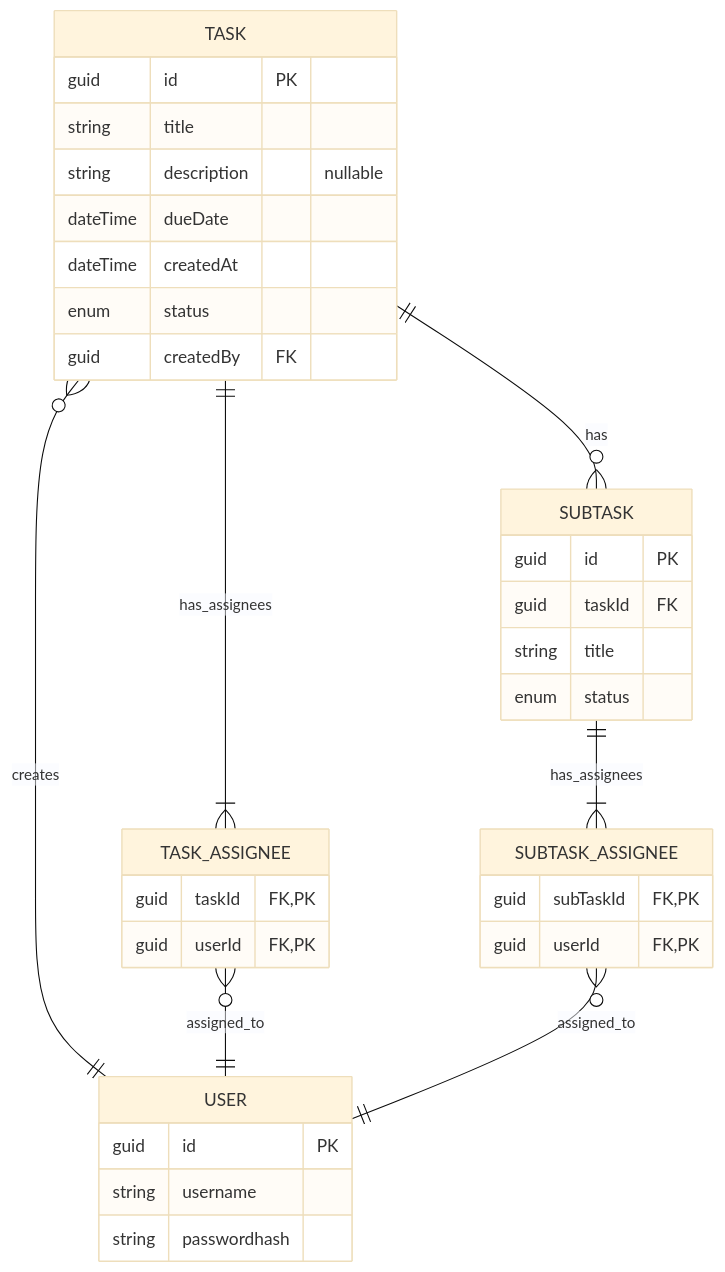
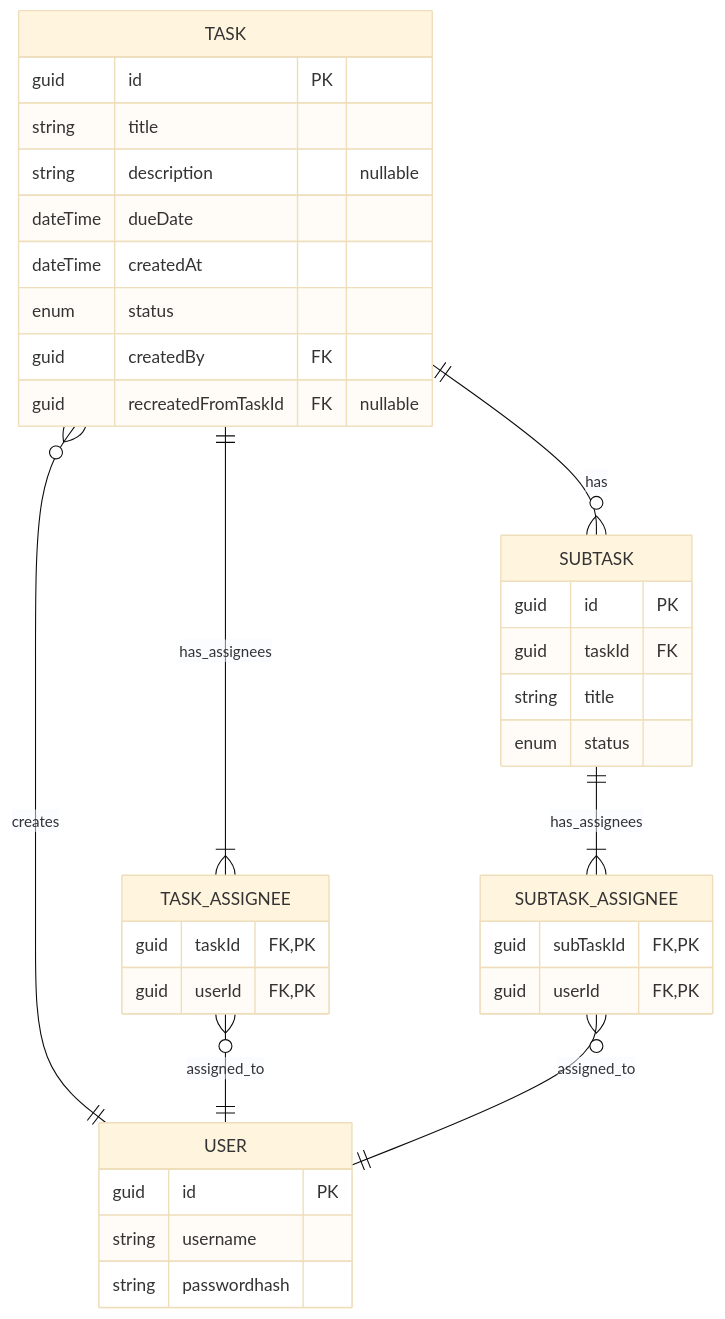
Before and after one commit to Cheer5ul/music-time-manager: the diagram in docs/02-database-design.md, drawn with Mermaid (base theme).

Commit message:
docs: Add nullable recreatedFromTaskId to TASK table

````diff
--- a/docs/02-database-design.md
+++ b/docs/02-database-design.md
@@ -27,37 +27,38 @@
 ```mermaid
    erDiagram
     TASK }o--|| USER : creates
     TASK ||--|{ TASK_ASSIGNEE : has_assignees
     TASK_ASSIGNEE }o--|| USER : assigned_to
     TASK ||--o{ SUBTASK : has
     SUBTASK ||--|{ SUBTASK_ASSIGNEE : has_assignees
     SUBTASK_ASSIGNEE }o--|| USER : assigned_to
     USER {
         guid id PK
         string username
         string passwordhash
     }
     TASK {
         guid id PK
         string title
         string description "nullable"
         dateTime dueDate
         dateTime createdAt
         enum status
         guid createdBy FK
+        guid recreatedFromTaskId FK "nullable"
     }
     SUBTASK {
         guid id PK
         guid taskId FK
         string title
         enum status
     }
     TASK_ASSIGNEE {
         guid taskId FK, PK
         guid userId FK, PK
     }
     SUBTASK_ASSIGNEE {
         guid subTaskId FK, PK
         guid userId FK, PK
     }
 ```
````
